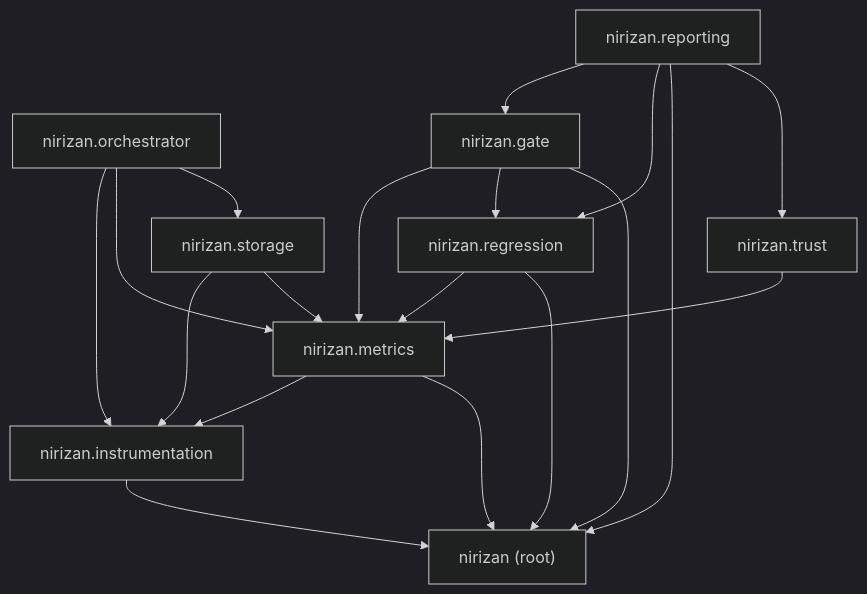
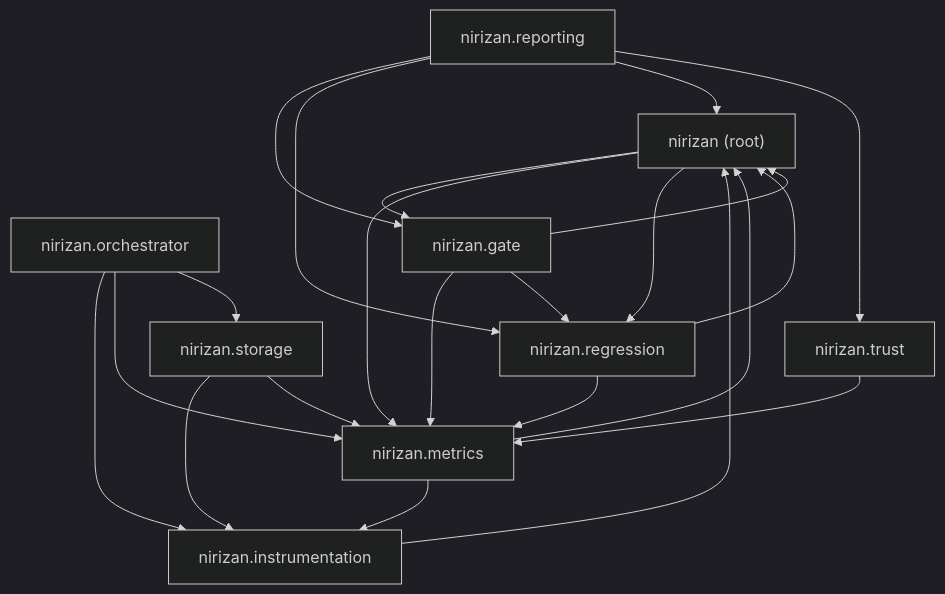
The diagram in docs/dependency-graph.md (Red1-Rahman/NiriZan), drawn with Mermaid (dark theme) before and after one commit. The commit also changed other lines of this file and 1 other file, not shown here.

First line of the commit message:
chore(docs): scan nested packages in the dependency graph generator

````diff
--- a/docs/dependency-graph.md
+++ b/docs/dependency-graph.md
@@ -11,30 +11,33 @@
 ```mermaid
 flowchart TB
     root["nirizan (root)"]
     instrumentation["nirizan.instrumentation"]
     orchestrator["nirizan.orchestrator"]
     metrics["nirizan.metrics"]
     trust["nirizan.trust"]
     storage["nirizan.storage"]
     regression["nirizan.regression"]
     gate["nirizan.gate"]
     reporting["nirizan.reporting"]
     gate --> metrics
     gate --> regression
     gate --> root
     instrumentation --> root
     metrics --> instrumentation
     metrics --> root
     orchestrator --> instrumentation
     orchestrator --> metrics
     orchestrator --> storage
     regression --> metrics
     regression --> root
     reporting --> gate
     reporting --> regression
     reporting --> root
     reporting --> trust
+    root --> gate
+    root --> metrics
+    root --> regression
     storage --> instrumentation
     storage --> metrics
     trust --> metrics
 ```
````
